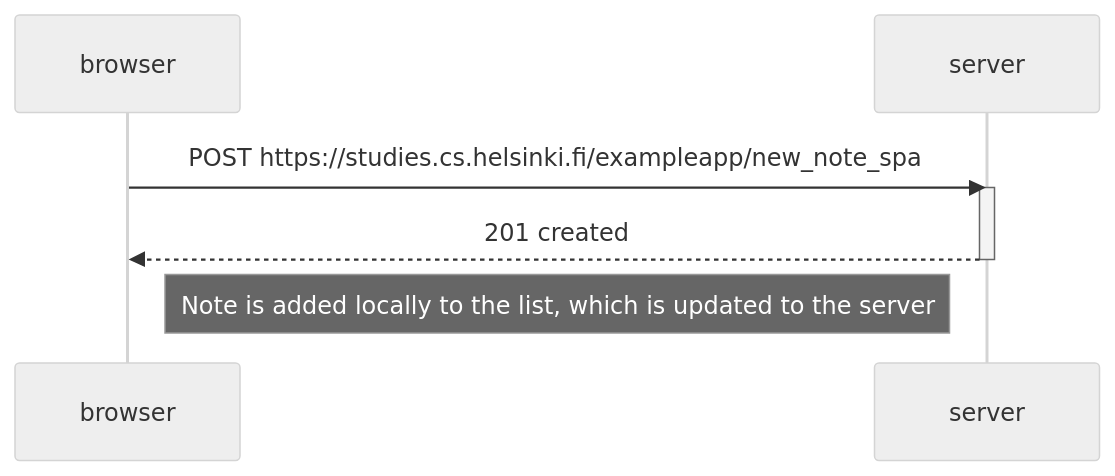
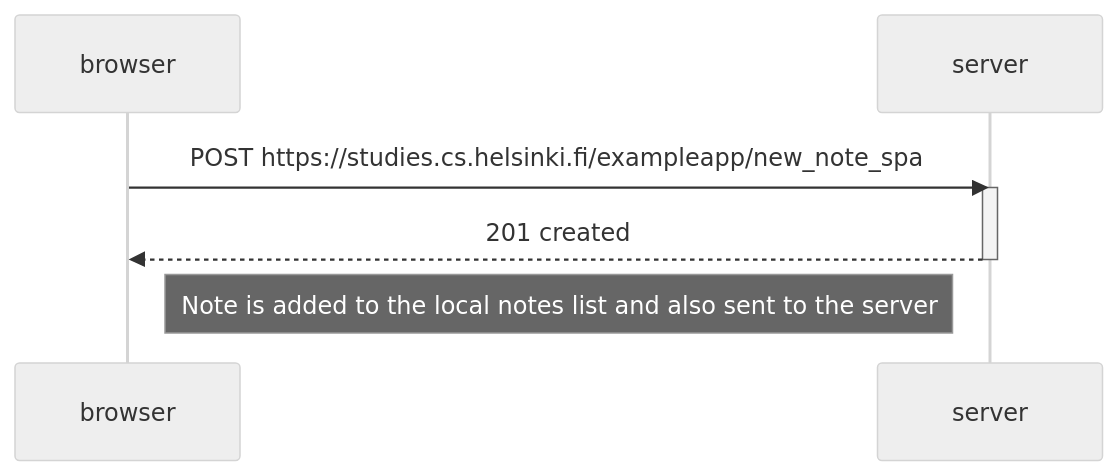
One commit to Yytsi/fullstack-open changed the diagram in osa0/kaavio3.md. Above: the diagram before and after it, drawn with Mermaid (neutral theme).

````diff
--- a/osa0/kaavio3.md
+++ b/osa0/kaavio3.md
@@ -1,12 +1,12 @@
 ```mermaid
 sequenceDiagram
     participant browser
     participant server
     
     browser->>server: POST https://studies.cs.helsinki.fi/exampleapp/new_note_spa
     activate server
     server-->>browser: 201 created
     deactivate server
 
-    Note right of browser: Note is added locally to the list, which is updated to the server
+    Note right of browser: Note is added to the local notes list and also sent to the server
 ```
````
